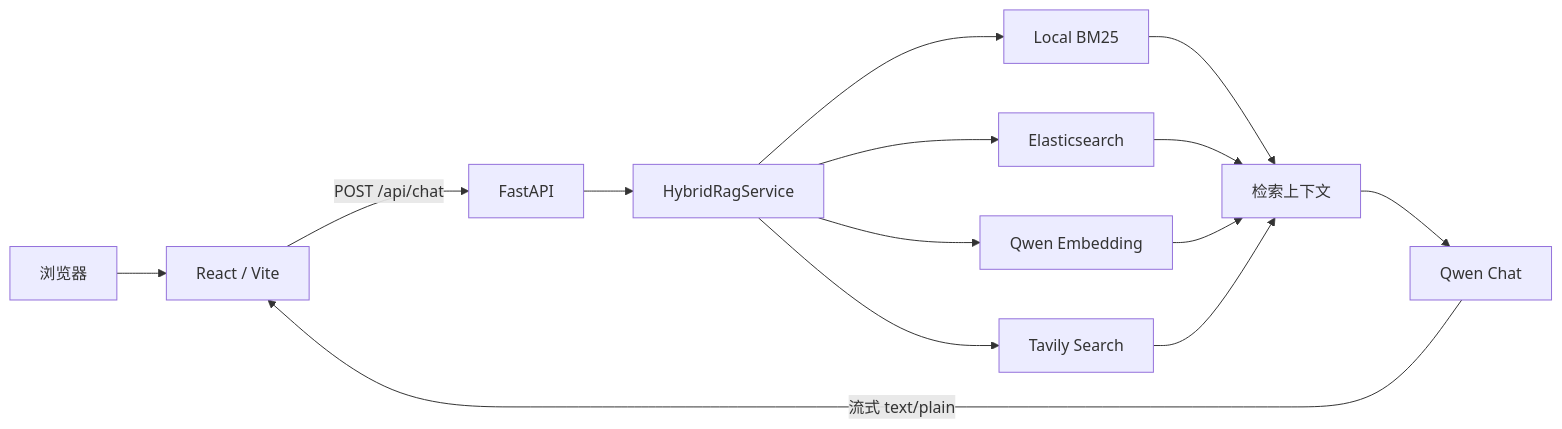
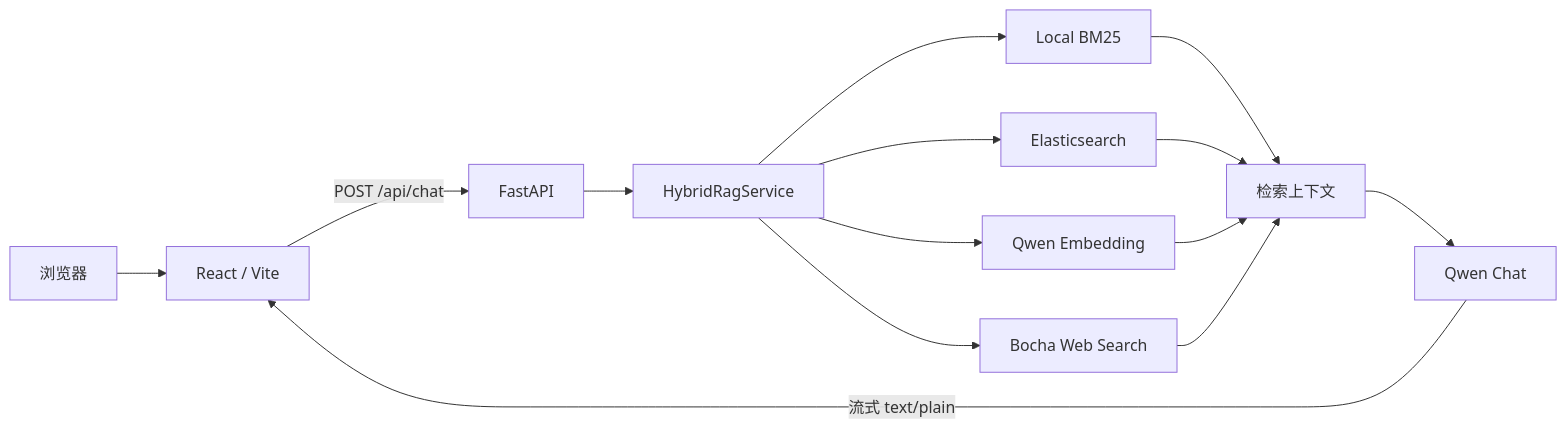
The diagram in README.md (crake7even/claimwise), drawn with Mermaid before and after one commit. The commit also changed other lines of this file and 13 other files, not shown here.

````diff
--- a/README.md
+++ b/README.md
@@ -27,16 +27,16 @@
 ```mermaid
 flowchart LR
     U["浏览器"] --> F["React / Vite"]
     F -->|"POST /api/chat"| A["FastAPI"]
     A --> H["HybridRagService"]
     H --> B["Local BM25"]
     H --> E["Elasticsearch"]
     H --> Q["Qwen Embedding"]
-    H --> T["Tavily Search"]
+    H --> T["Bocha Web Search"]
     B --> C["检索上下文"]
     E --> C
     Q --> C
     T --> C
     C --> L["Qwen Chat"]
     L -->|"流式 text/plain"| F
 ```
````
